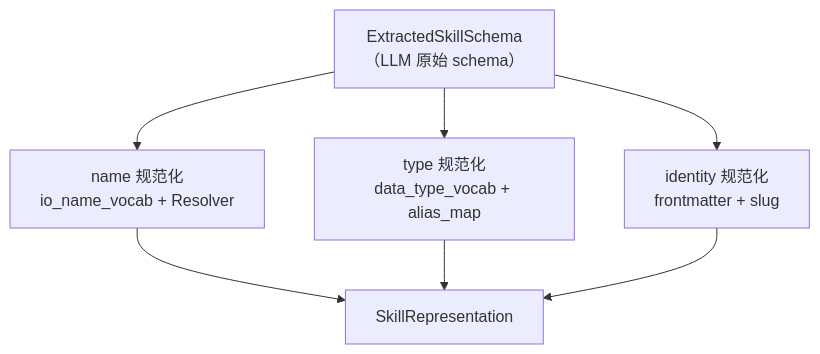
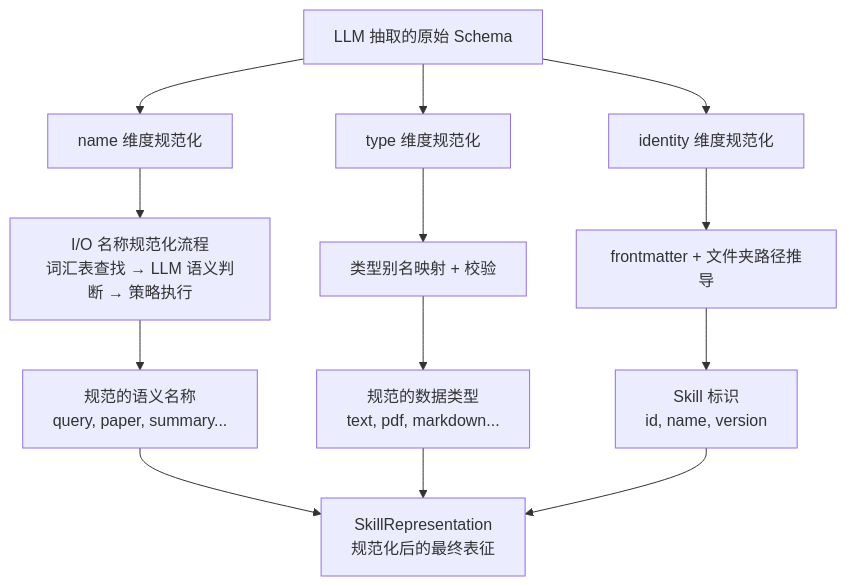
One commit to xiao-yu-lin/SkillMash changed the sixth of 6 diagrams in 设计说明书.md. Above: the diagram before and after it, drawn with Mermaid. The commit also changed other lines of this file, not shown here.

````diff
--- a/设计说明书.md
+++ b/设计说明书.md
@@ -325,10 +346,19 @@
 ```mermaid
 flowchart TD
-  Extracted["ExtractedSkillSchema\n（LLM 原始 schema）"]
-  Extracted --> Name["name 规范化\nio_name_vocab + Resolver"]
-  Extracted --> Type["type 规范化\ndata_type_vocab + alias_map"]
-  Extracted --> Identity["identity 规范化\nfrontmatter + slug"]
-  Name --> Final["SkillRepresentation"]
-  Type --> Final
-  Identity --> Final
+  Input["LLM 抽取的原始 Schema"] --> NameDim["name 维度规范化"]
+  Input --> TypeDim["type 维度规范化"]
+  Input --> IdentityDim["identity 维度规范化"]
+  
+  NameDim --> NameFlow["I/O 名称规范化流程\n词汇表查找 → LLM 语义判断 → 策略执行"]
+  NameFlow --> NameResult["规范的语义名称\nquery, paper, summary..."]
+  
+  TypeDim --> TypeFlow["类型别名映射 + 校验"]
+  TypeFlow --> TypeResult["规范的数据类型\ntext, pdf, markdown..."]
+  
+  IdentityDim --> IdentityFlow["frontmatter + 文件夹路径推导"]
+  IdentityFlow --> IdentityResult["Skill 标识\nid, name, version"]
+  
+  NameResult --> Final["SkillRepresentation\n规范化后的最终表征"]
+  TypeResult --> Final
+  IdentityResult --> Final
 ```
````
